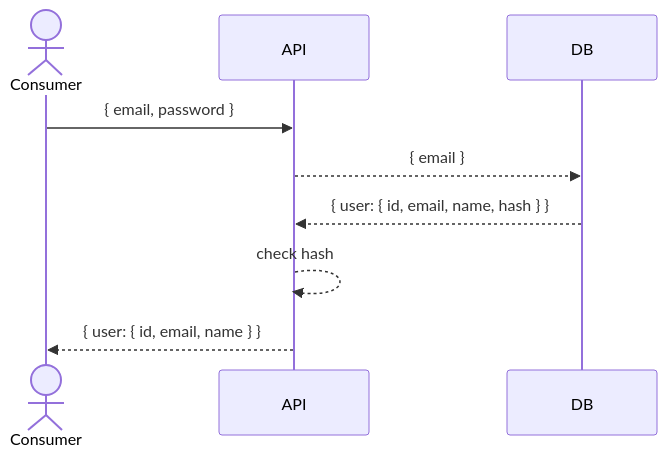
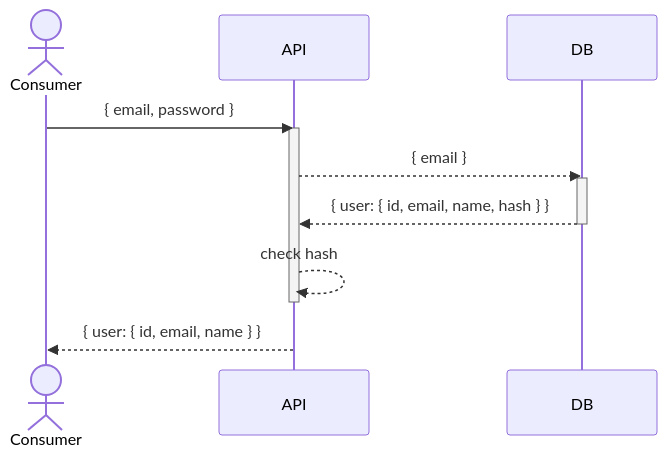
Before and after one commit to KhitrovMaksim/uml: the second of 4 diagrams in README.md, drawn with Mermaid.

````diff
--- a/README.md
+++ b/README.md
@@ -17,11 +17,15 @@
 ```mermaid
 sequenceDiagram
     actor Consumer
     participant API
     participant DB
     Consumer->>API: { email, password }
+    activate API
     API-->>DB: { email }
+    activate DB
     DB-->>API: { user: { id, email, name, hash } }
+    deactivate DB
     API-->>API: check hash
+    deactivate API
     API-->>Consumer: { user: { id, email, name } }
 ```
````
